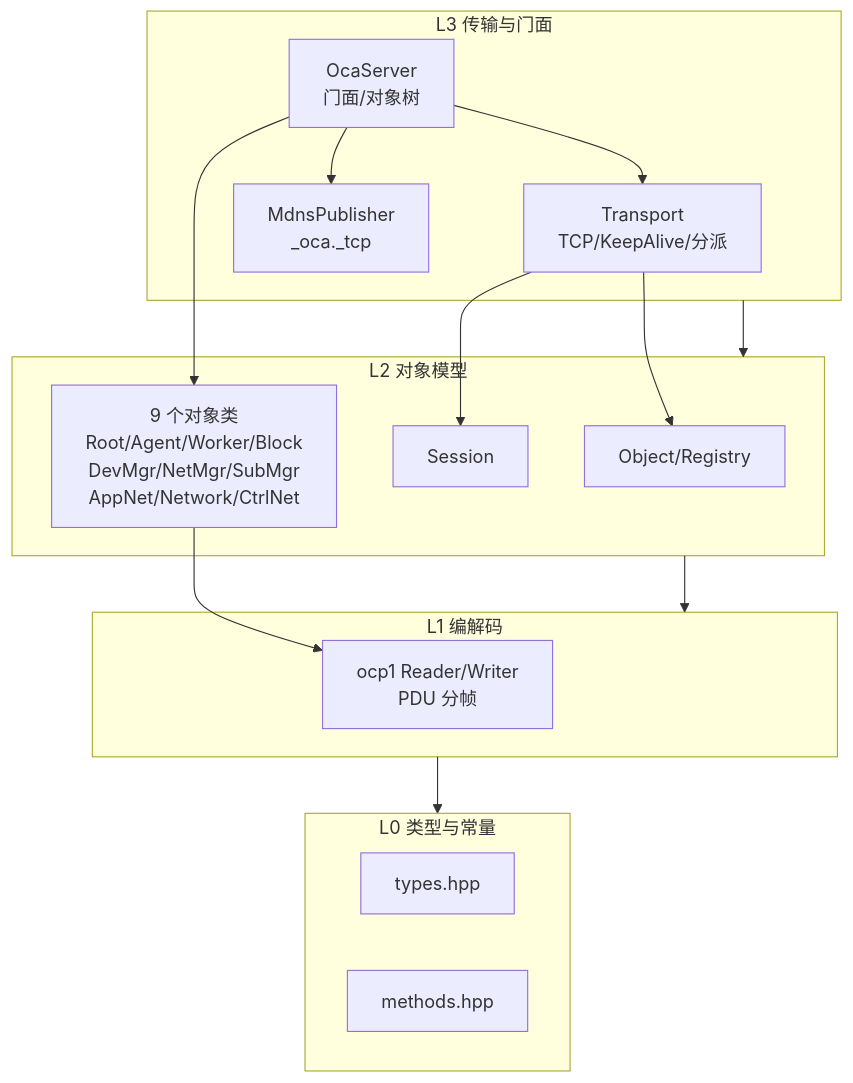
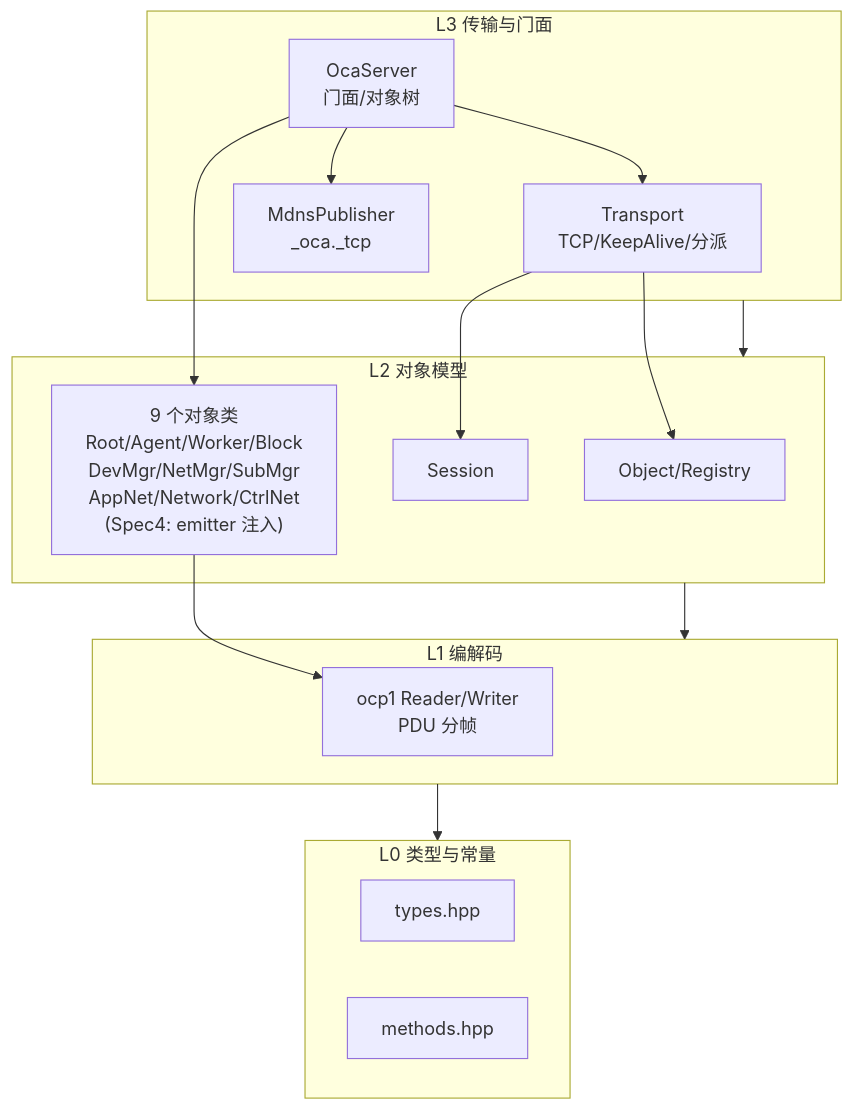
Before and after one commit to JunJunHub/aes67-linux-daemon: the first of 4 diagrams in docs/ops/oca-design-and-maintenance.md, drawn with Mermaid. The commit also changed other lines of this file, not shown here.

First line of the commit message:
docs(oca): 维护手册同步 Spec4 — PropertyChanged 发射与端到端投递

````diff
--- a/docs/ops/oca-design-and-maintenance.md
+++ b/docs/ops/oca-design-and-maintenance.md
@@ -11,29 +11,29 @@
 ```mermaid
 flowchart TB
     subgraph L3["L3 传输与门面"]
         T["Transport<br/>TCP/KeepAlive/分派"]
         OS["OcaServer<br/>门面/对象树"]
         MDNS["MdnsPublisher<br/>_oca._tcp"]
     end
     subgraph L2["L2 对象模型"]
         OBJ["Object/Registry"]
         SES["Session"]
-        CLS["9 个对象类<br/>Root/Agent/Worker/Block<br/>DevMgr/NetMgr/SubMgr<br/>AppNet/Network/CtrlNet"]
+        CLS["9 个对象类<br/>Root/Agent/Worker/Block<br/>DevMgr/NetMgr/SubMgr<br/>AppNet/Network/CtrlNet<br/>(Spec4: emitter 注入)"]
     end
     subgraph L1["L1 编解码"]
         OCP["ocp1 Reader/Writer<br/>PDU 分帧"]
     end
     subgraph L0["L0 类型与常量"]
         TYP["types.hpp"]
         MTH["methods.hpp"]
     end
     L3 --> L2
     L2 --> L1
     L1 --> L0
     OS --> T
     OS --> CLS
     OS --> MDNS
     T --> SES
     T --> OBJ
     CLS --> OCP
 ```
````
